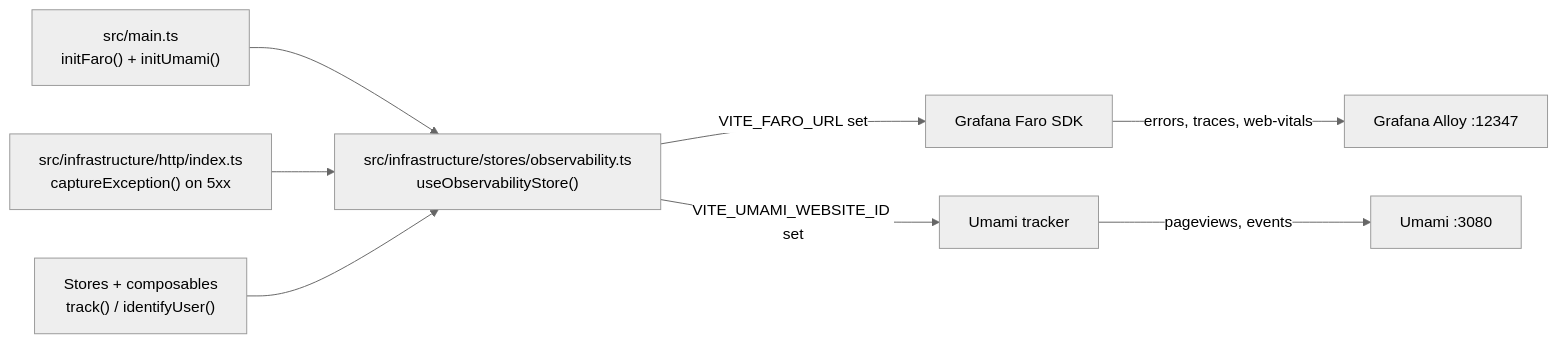
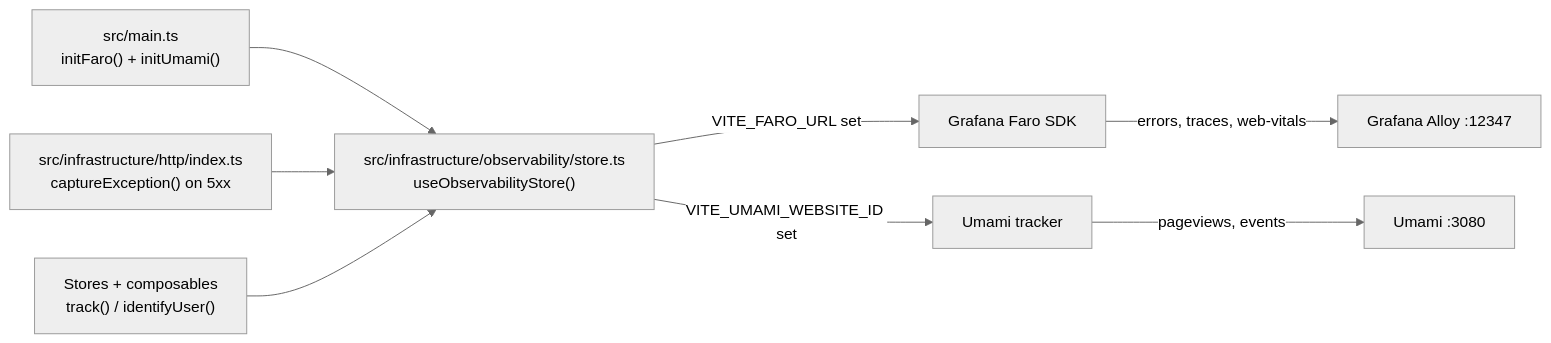
One commit to Guebbit/boilerplate-vue-frontend changed the diagram in docs/tools/observability.md. Above: the diagram before and after it, drawn with Mermaid (neutral theme). The commit also changed other lines of this file and 67 other files, not shown here.

````diff
--- a/docs/tools/observability.md
+++ b/docs/tools/observability.md
@@ -16,16 +16,16 @@
 ```mermaid
 %%{init: {'flowchart': {'nodeSpacing': 50, 'rankSpacing': 65}}}%%
 flowchart LR
     Main["src/main.ts\ninitFaro() + initUmami()"]
-    Store["src/infrastructure/stores/observability.ts\nuseObservabilityStore()"]
+    Store["src/infrastructure/observability/store.ts\nuseObservabilityStore()"]
     HTTP["src/infrastructure/http/index.ts\ncaptureException() on 5xx"]
     Components["Stores + composables\ntrack() / identifyUser()"]
 
     Main --> Store
     HTTP --> Store
     Components --> Store
     Store -->|VITE_FARO_URL set| Faro["Grafana Faro SDK"]
     Store -->|VITE_UMAMI_WEBSITE_ID set| Umami["Umami tracker"]
     Faro -->|errors, traces, web-vitals| Alloy["Grafana Alloy :12347"]
     Umami -->|pageviews, events| UmamiServer["Umami :3080"]
 ```
````
